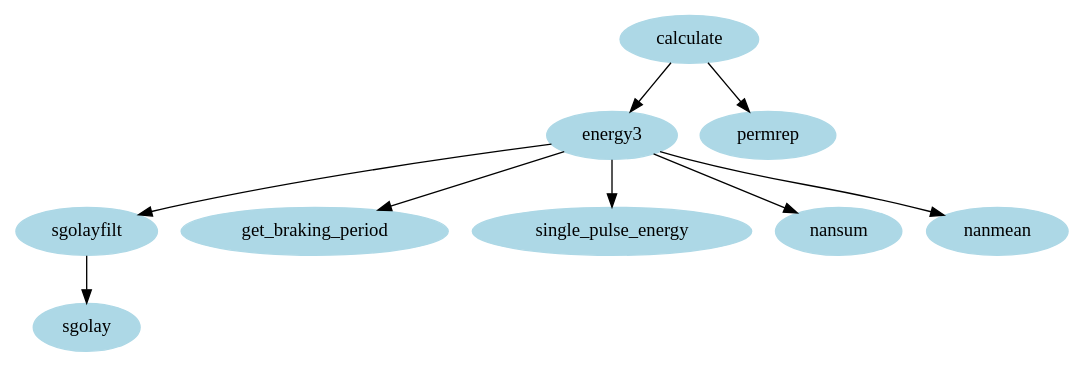
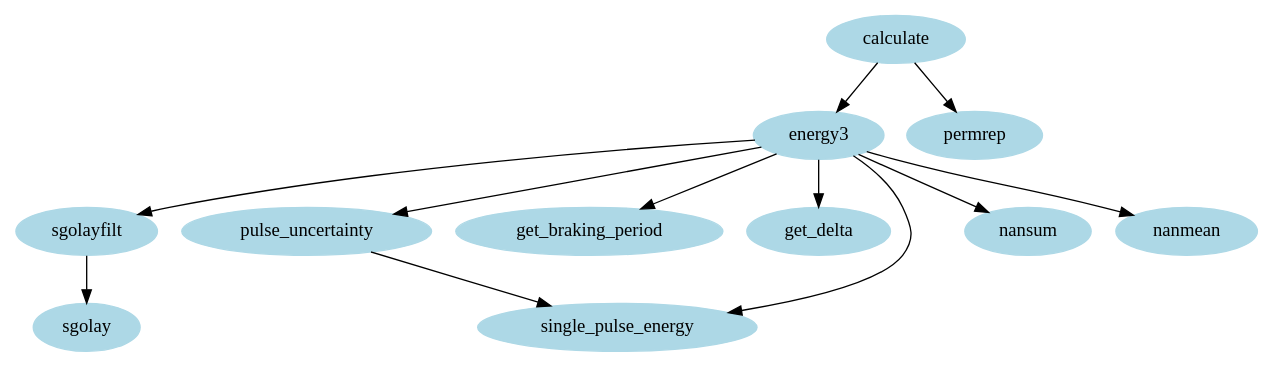
One commit to KaeroDot/myrails-braking-energy changed the diagram in doc/calculate_dependency.dot. Above: the diagram before and after it, drawn with Graphviz. The commit also changed 6 other files, not shown here.

```diff
--- a/doc/calculate_dependency.dot
+++ b/doc/calculate_dependency.dot
@@ -1,23 +1,28 @@
 /* Generated by mDepGen */
 digraph dep {
 node [shape = oval];
 /* start of shape definitions */
 "calculate" [color=lightblue, style=filled];
 "energy3" [color=lightblue, style=filled];
+"pulse_uncertainty" [color=lightblue, style=filled];
 "sgolayfilt" [color=lightblue, style=filled];
 "get_braking_period" [color=lightblue, style=filled];
+"get_delta" [color=lightblue, style=filled];
 "single_pulse_energy" [color=lightblue, style=filled];
 "nansum" [color=lightblue, style=filled];
 "nanmean" [color=lightblue, style=filled];
 "sgolay" [color=lightblue, style=filled];
 "permrep" [color=lightblue, style=filled];
 /* end of shape definitions */
 "calculate" -> "energy3" ;
 "energy3" -> "get_braking_period" ;
+"energy3" -> "get_delta" ;
 "energy3" -> "single_pulse_energy" ;
+"energy3" -> "pulse_uncertainty" ;
+"pulse_uncertainty" -> "single_pulse_energy" ;
 "energy3" -> "nansum" ;
 "energy3" -> "nanmean" ;
 "energy3" -> "sgolayfilt" ;
 "sgolayfilt" -> "sgolay" ;
 "calculate" -> "permrep" ;
 }
```
